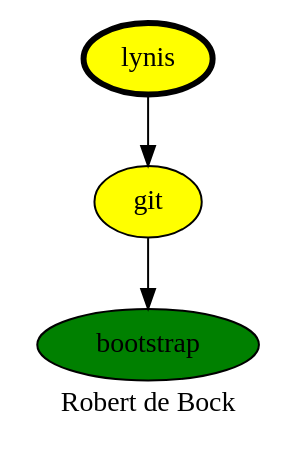
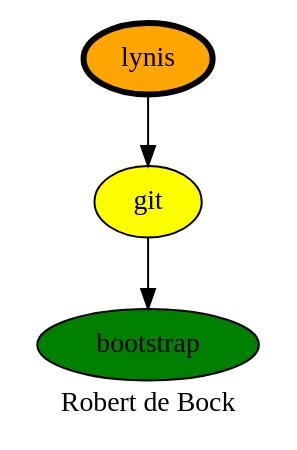
The diagram in lynis.dot (robertdebock/drawings), drawn with Graphviz before and after one commit. The commit also changed 1 other file, not shown here.

Commit message:
Orange lynis

```diff
--- a/lynis.dot
+++ b/lynis.dot
@@ -1,11 +1,11 @@
 digraph PhiloDilemma {
   label = "Robert de Bock" ;
   overlap=false
   {
     bootstrap [fillcolor=green style=filled]
     git [fillcolor=yellow style=filled]
-    lynis [fillcolor=yellow style=filled penwidth=3]
+    lynis [fillcolor=orange style=filled penwidth=3]
   }
   git -> bootstrap
   lynis -> git
 }
```
